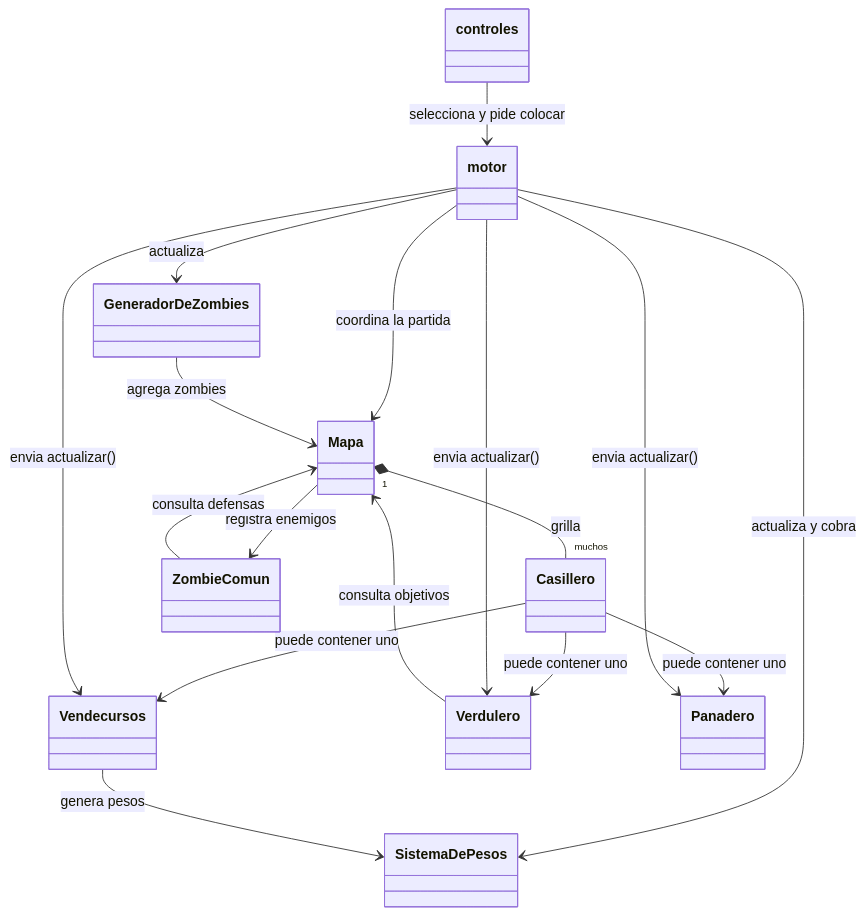
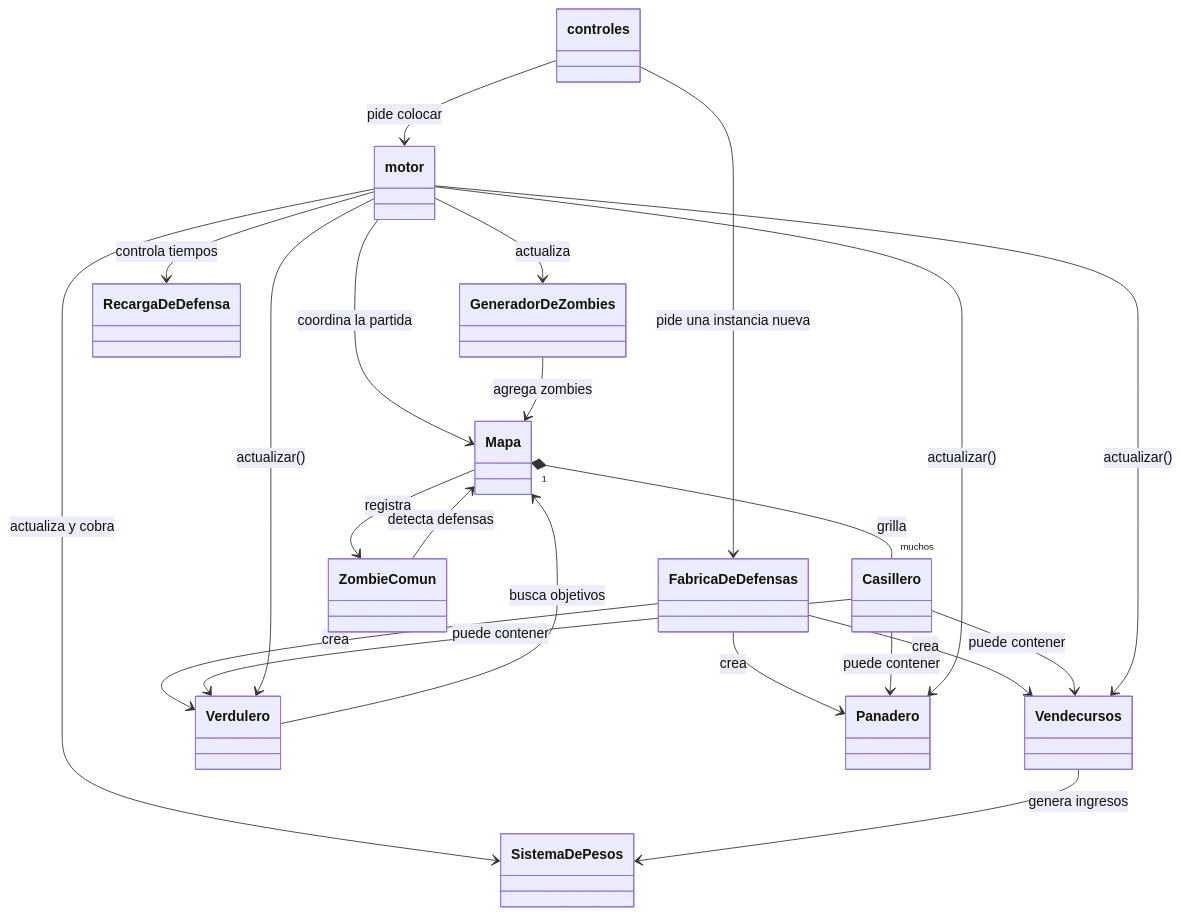
The diagram in explicaciones.md (pdep-mit/tp-wg-2026-sabiduria-FuncionaDeCasualidad), drawn with Mermaid before and after one commit. The commit also changed other lines of this file and 12 other files, not shown here.

````diff
--- a/explicaciones.md
+++ b/explicaciones.md
@@ -41,19 +17,24 @@
 ```mermaid
 classDiagram
-  controles --> motor : selecciona y pide colocar
+  controles --> motor : pide colocar
+  controles --> FabricaDeDefensas : pide una instancia nueva
+  FabricaDeDefensas --> Vendecursos : crea
+  FabricaDeDefensas --> Verdulero : crea
+  FabricaDeDefensas --> Panadero : crea
   motor --> Mapa : coordina la partida
   motor --> SistemaDePesos : actualiza y cobra
   motor --> GeneradorDeZombies : actualiza
+  motor --> RecargaDeDefensa : controla tiempos
   Mapa "1" *-- "muchos" Casillero : grilla
-  Casillero --> Vendecursos : puede contener uno
-  Casillero --> Verdulero : puede contener uno
-  Casillero --> Panadero : puede contener uno
-  motor --> Vendecursos : envia actualizar()
-  motor --> Verdulero : envia actualizar()
-  motor --> Panadero : envia actualizar()
-  Mapa --> ZombieComun : registra enemigos
-  Vendecursos --> SistemaDePesos : genera pesos
-  Verdulero --> Mapa : consulta objetivos
-  ZombieComun --> Mapa : consulta defensas
+  Casillero --> Vendecursos : puede contener
+  Casillero --> Verdulero : puede contener
+  Casillero --> Panadero : puede contener
+  motor --> Vendecursos : actualizar()
+  motor --> Verdulero : actualizar()
+  motor --> Panadero : actualizar()
+  Mapa --> ZombieComun : registra
+  Vendecursos --> SistemaDePesos : genera ingresos
+  Verdulero --> Mapa : busca objetivos
+  ZombieComun --> Mapa : detecta defensas
   GeneradorDeZombies --> Mapa : agrega zombies
 ```
````
